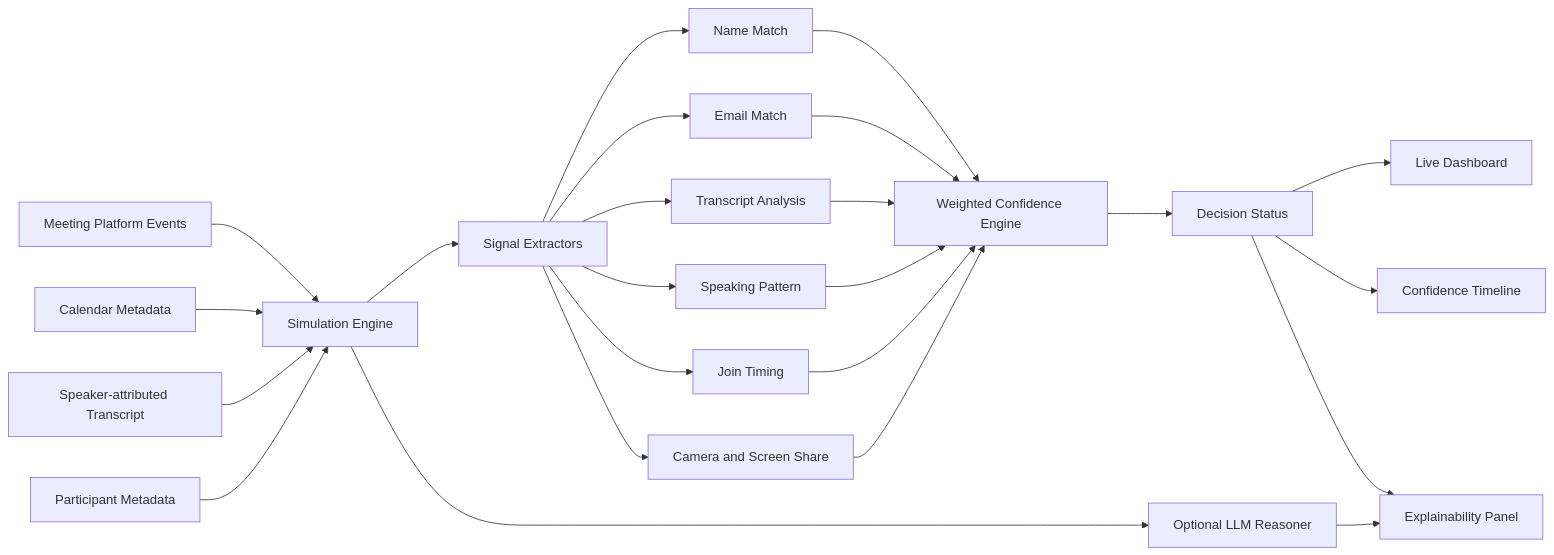
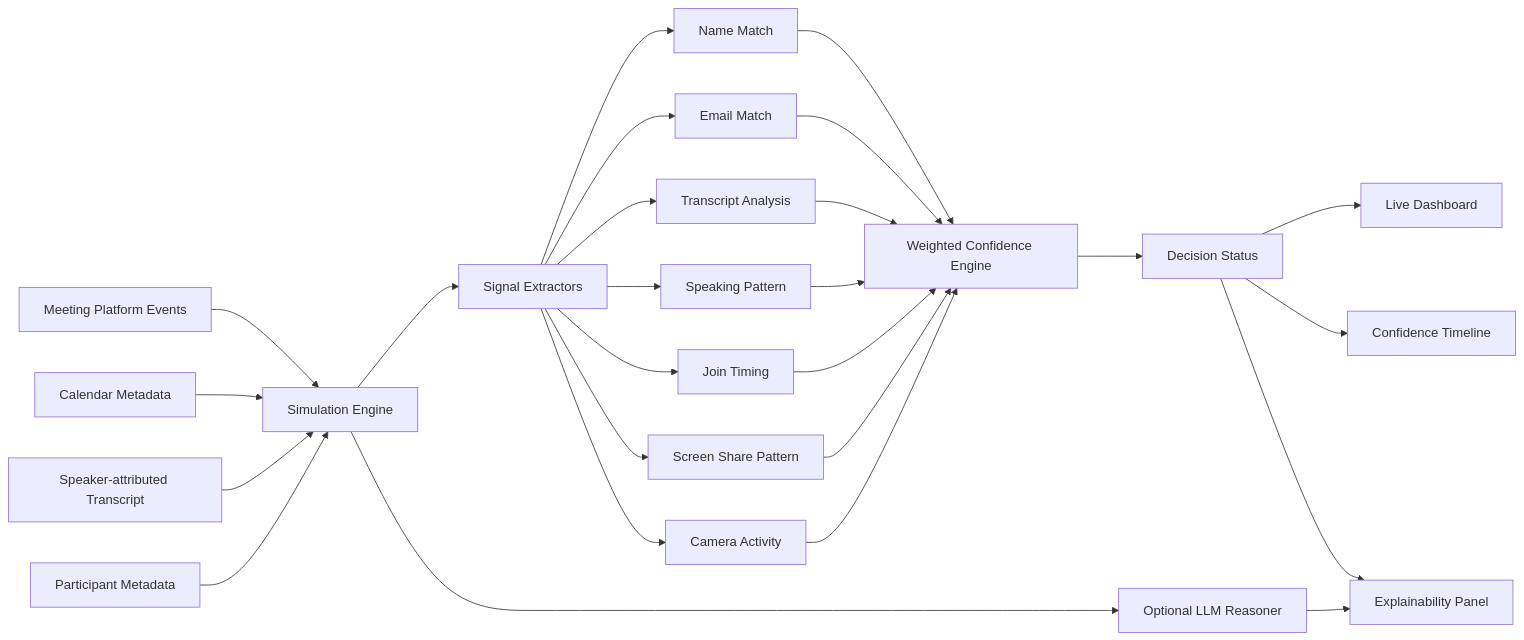
One commit to jatinnathh/sherlock changed the diagram in README.md. Above: the diagram before and after it, drawn with Mermaid. The commit also changed other lines of this file and 12 other files, not shown here.

Commit message:
fixed screen share signal and  also added pinging when respective person speaks

````diff
--- a/README.md
+++ b/README.md
@@ -20,30 +21,32 @@
 ```mermaid
 flowchart LR
   A["Meeting Platform Events"] --> B["Simulation Engine"]
   C["Calendar Metadata"] --> B
   D["Speaker-attributed Transcript"] --> B
   E["Participant Metadata"] --> B
 
   B --> F["Signal Extractors"]
   F --> F1["Name Match"]
   F --> F2["Email Match"]
   F --> F3["Transcript Analysis"]
   F --> F4["Speaking Pattern"]
   F --> F5["Join Timing"]
-  F --> F6["Camera and Screen Share"]
+  F --> F6["Screen Share Pattern"]
+  F --> F7["Camera Activity"]
 
   F1 --> G["Weighted Confidence Engine"]
   F2 --> G
   F3 --> G
   F4 --> G
   F5 --> G
   F6 --> G
+  F7 --> G
 
   G --> H["Decision Status"]
   H --> I["Live Dashboard"]
   H --> J["Confidence Timeline"]
   H --> K["Explainability Panel"]
 
   B --> L["Optional LLM Reasoner"]
   L --> K
 ```
````
